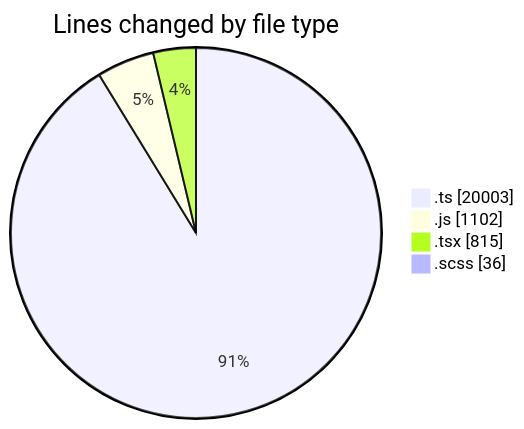
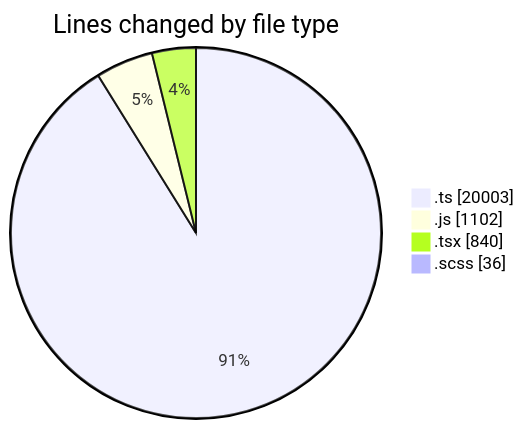
One commit to momahboobian/code-tracking changed the first of 2 diagrams in 2026-10-16/cda/README.md. Above: the diagram before and after it, drawn with Mermaid. The commit also changed other lines of this file and 1 other file, not shown here.

````diff
--- a/2026-10-16/cda/README.md
+++ b/2026-10-16/cda/README.md
@@ -29,8 +29,8 @@
 ```mermaid
 pie showData
 title Lines changed by file type
 ".ts" : 20003
 ".js" : 1102
-".tsx" : 815
+".tsx" : 840
 ".scss" : 36
 ```
````
